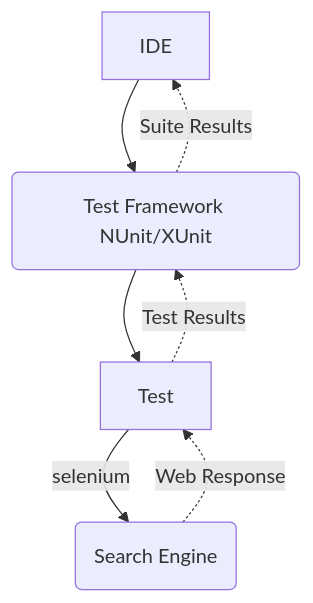
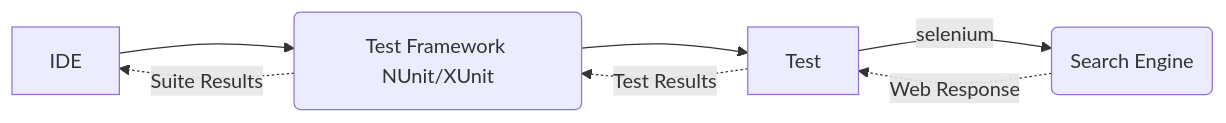
One commit to freemansoft/SimpleWebUITestEnvironment changed the second of 5 diagrams in README.md. Above: the diagram before and after it, drawn with Mermaid. The commit also changed other lines of this file and 12 other files, not shown here.

````diff
--- a/README.md
+++ b/README.md
@@ -73,8 +78,8 @@
 ```mermaid
-graph TD
+graph LR
     IDE --> TestFramework(Test Framework NUnit/XUnit) --> Test -->|selenium| Search(Search Engine);
     Search -.->|Web Response| Test ;
     Test -.->|Test Results| TestFramework;
     TestFramework -.->|Suite Results| IDE;
 
 ```
````
